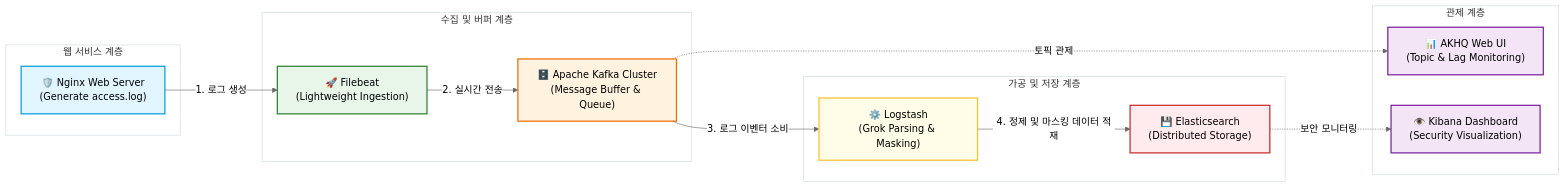
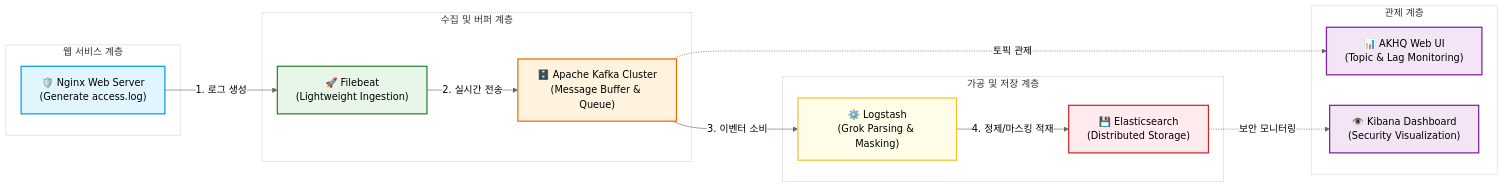
The diagram in README.md (dra2sun7/security-log-pipeline), drawn with Mermaid (neutral theme) before and after one commit.

Commit message:
Refactor system architecture diagram in README

````diff
--- a/README.md
+++ b/README.md
@@ -9,53 +9,58 @@
 ```mermaid
 graph LR
-    %% 스타일 정의
+%% 스타일 정의
     classDef producer fill:#e1f5fe,stroke:#039be5,stroke-width:2px;
     classDef agent fill:#e8f5e9,stroke:#2e7d32,stroke-width:2px;
     classDef queue fill:#fff3e0,stroke:#ef6c00,stroke-width:2px;
     classDef etl fill:#fffde7,stroke:#fbc02d,stroke-width:2px;
     classDef storage fill:#ffebee,stroke:#c62828,stroke-width:2px;
     classDef monitor fill:#f3e5f5,stroke:#7b1fa2,stroke-width:2px;
 
-    %% 노드 구성
+    %% 웹 서비스 계층
     subgraph Web_Layer [웹 서비스 계층]
         Nginx["🛡️ Nginx Web Server<br/>(Generate access.log)"]
     end
 
+    %% 수집 및 버퍼 계층
     subgraph Collection_Layer [수집 및 버퍼 계층]
         Filebeat["🚀 Filebeat<br/>(Lightweight Ingestion)"]
         Kafka["🗄️ Apache Kafka Cluster<br/>(Message Buffer & Queue)"]
     end
 
+    %% 가공 및 저장 계층
     subgraph Processing_Layer [가공 및 저장 계층]
         Logstash["⚙️ Logstash<br/>(Grok Parsing & Masking)"]
         Elasticsearch["💾 Elasticsearch<br/>(Distributed Storage)"]
     end
 
+    %% 관제 계층 (시각적 균형을 위해 하단 분리 배치)
     subgraph Management_Layer [관제 계층]
         AKHQ["📊 AKHQ Web UI<br/>(Topic & Lag Monitoring)"]
         Kibana["👁️ Kibana Dashboard<br/>(Security Visualization)"]
     end
 
-    %% 흐름 및 연결
+    %% 메인 데이터 파이프라인 흐름 (위 -> 아래)
     Nginx -->|1. 로그 생성| Filebeat
     Filebeat -->|2. 실시간 전송| Kafka
-    Kafka -->|3. 로그 이벤터 소비| Logstash
-    Logstash -->|4. 정제 및 마스킹 데이터 적재| Elasticsearch
+    Kafka -->|3. 이벤터 소비| Logstash
+    Logstash -->|4. 정제/마스킹 적재| Elasticsearch
+
+    %% 실시간 관제 및 모니터링 흐름 (양옆 분기)
     Kafka -.->|토픽 관제| AKHQ
     Elasticsearch -.->|보안 모니터링| Kibana
 
     %% 스타일 적용
     class Nginx producer;
     class Filebeat agent;
     class Kafka queue;
     class Logstash etl;
     class Elasticsearch storage;
     class AKHQ monitor;
     class Kibana monitor;
 
     %% 서브그래프 스타일
     style Web_Layer fill:none,stroke:#cfd8dc,stroke-width:1px;
     style Collection_Layer fill:none,stroke:#cfd8dc,stroke-width:1px;
     style Processing_Layer fill:none,stroke:#cfd8dc,stroke-width:1px;
     style Management_Layer fill:none,stroke:#cfd8dc,stroke-width:1px;
 ```
````
